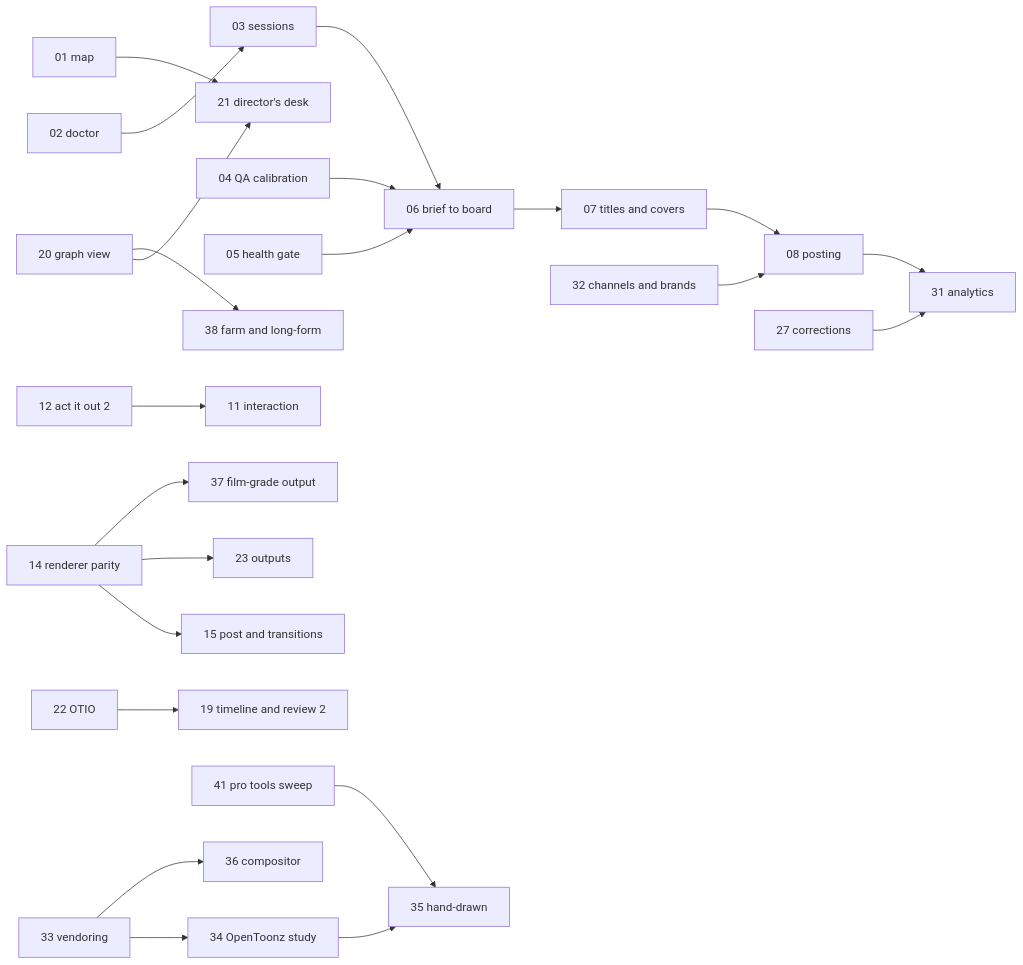
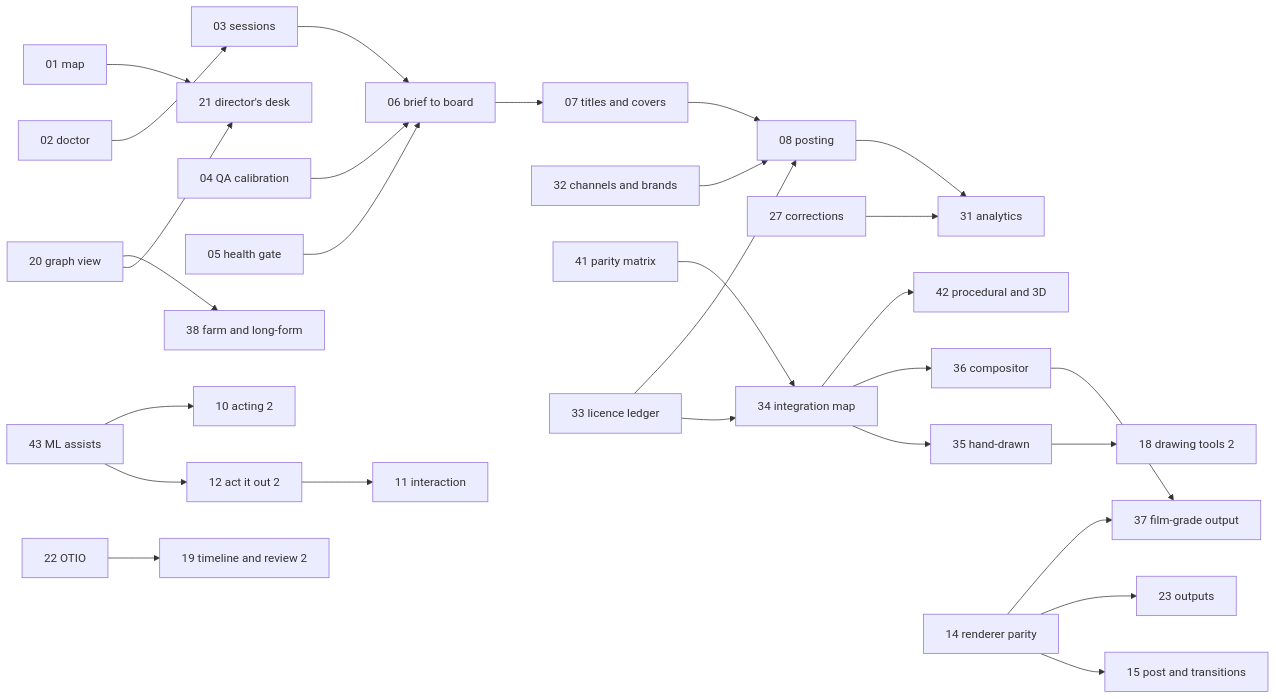
The diagram in docs/work-packages.md (incelliq/doodleberry), drawn with Mermaid before and after one commit. The commit also changed other lines of this file and 3 other files, not shown here.

````diff
--- a/docs/work-packages.md
+++ b/docs/work-packages.md
@@ -122,21 +129,27 @@
 ```mermaid
 graph LR
   WP01[01 map] --> WP21
   WP02[02 doctor] --> WP03[03 sessions] --> WP06[06 brief to board]
   WP04[04 QA calibration] --> WP06
   WP05[05 health gate] --> WP06
   WP06 --> WP07[07 titles and covers] --> WP08[08 posting]
+  WP32[32 channels and brands] --> WP08
   WP08 --> WP31[31 analytics]
-  WP32[32 channels and brands] --> WP08
+  WP27[27 corrections] --> WP31
+  WP41[41 parity matrix] --> WP34[34 integration map]
+  WP33[33 licence ledger] --> WP34
+  WP34 --> WP35[35 hand-drawn]
+  WP34 --> WP36[36 compositor]
+  WP34 --> WP42[42 procedural and 3D]
   WP14[14 renderer parity] --> WP15[15 post and transitions]
   WP14 --> WP23[23 outputs]
-  WP12[12 act it out 2] --> WP11[11 interaction]
+  WP14 --> WP37[37 film-grade output]
+  WP36 --> WP37
+  WP35 --> WP18[18 drawing tools 2]
+  WP43[43 ML assists] --> WP12[12 act it out 2] --> WP11[11 interaction]
+  WP43 --> WP10[10 acting 2]
   WP22[22 OTIO] --> WP19[19 timeline and review 2]
   WP20[20 graph view] --> WP21[21 director's desk]
-  WP27[27 corrections] --> WP31
-  WP33[33 vendoring] --> WP34[34 OpenToonz study] --> WP35[35 hand-drawn]
-  WP33 --> WP36[36 compositor]
-  WP41[41 pro tools sweep] --> WP35
-  WP14 --> WP37[37 film-grade output]
   WP20 --> WP38[38 farm and long-form]
+  WP33 --> WP08
 ```
````
